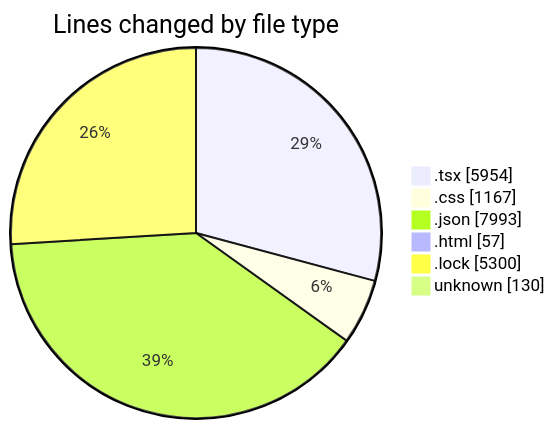
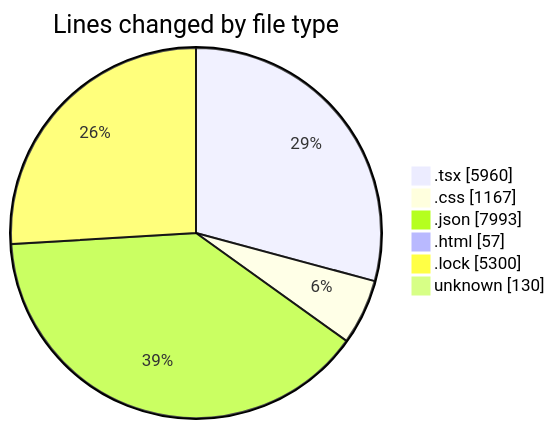
One commit to EIIisD/code-tracking changed the first of 2 diagrams in 2025-08-12/ribbon/README.md. Above: the diagram before and after it, drawn with Mermaid. The commit also changed other lines of this file and 1 other file, not shown here.

````diff
--- a/2025-08-12/ribbon/README.md
+++ b/2025-08-12/ribbon/README.md
@@ -45,10 +45,10 @@
 ```mermaid
 pie showData
 title Lines changed by file type
-".tsx" : 5954
+".tsx" : 5960
 ".css" : 1167
 ".json" : 7993
 ".html" : 57
 ".lock" : 5300
 "unknown" : 130
 ```
````
